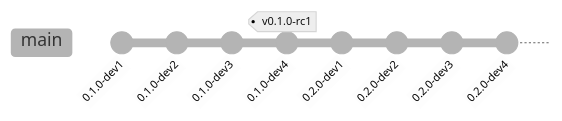
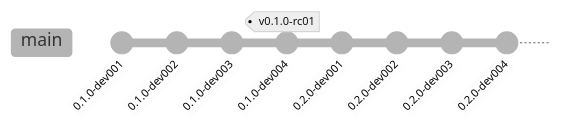
The ninth of 14 diagrams in docs/sdk-versioning.md (tomtom-international/commisery-action), drawn with Mermaid (neutral theme) before and after one commit. The commit also changed other lines of this file, not shown here.

````diff
--- a/docs/sdk-versioning.md
+++ b/docs/sdk-versioning.md
@@ -422,11 +422,11 @@
 ```mermaid
 gitGraph
-  commit id: "0.1.0-dev1"
-  commit id: "0.1.0-dev2"
-  commit id: "0.1.0-dev3"
-  commit id: "0.1.0-dev4" tag: "v0.1.0-rc1"
-  commit id: "0.2.0-dev1"
-  commit id: "0.2.0-dev2"
-  commit id: "0.2.0-dev3"
-  commit id: "0.2.0-dev4"
+  commit id: "0.1.0-dev001"
+  commit id: "0.1.0-dev002"
+  commit id: "0.1.0-dev003"
+  commit id: "0.1.0-dev004" tag: "v0.1.0-rc01"
+  commit id: "0.2.0-dev001"
+  commit id: "0.2.0-dev002"
+  commit id: "0.2.0-dev003"
+  commit id: "0.2.0-dev004"
 ```
````
